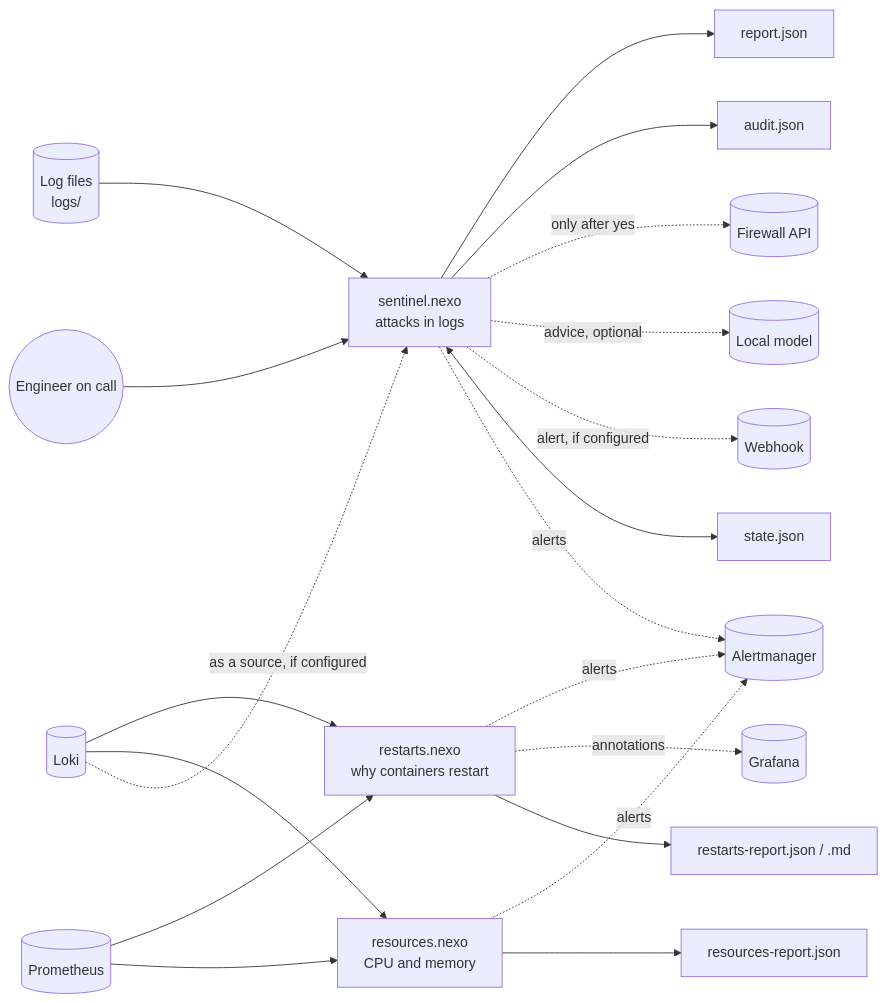
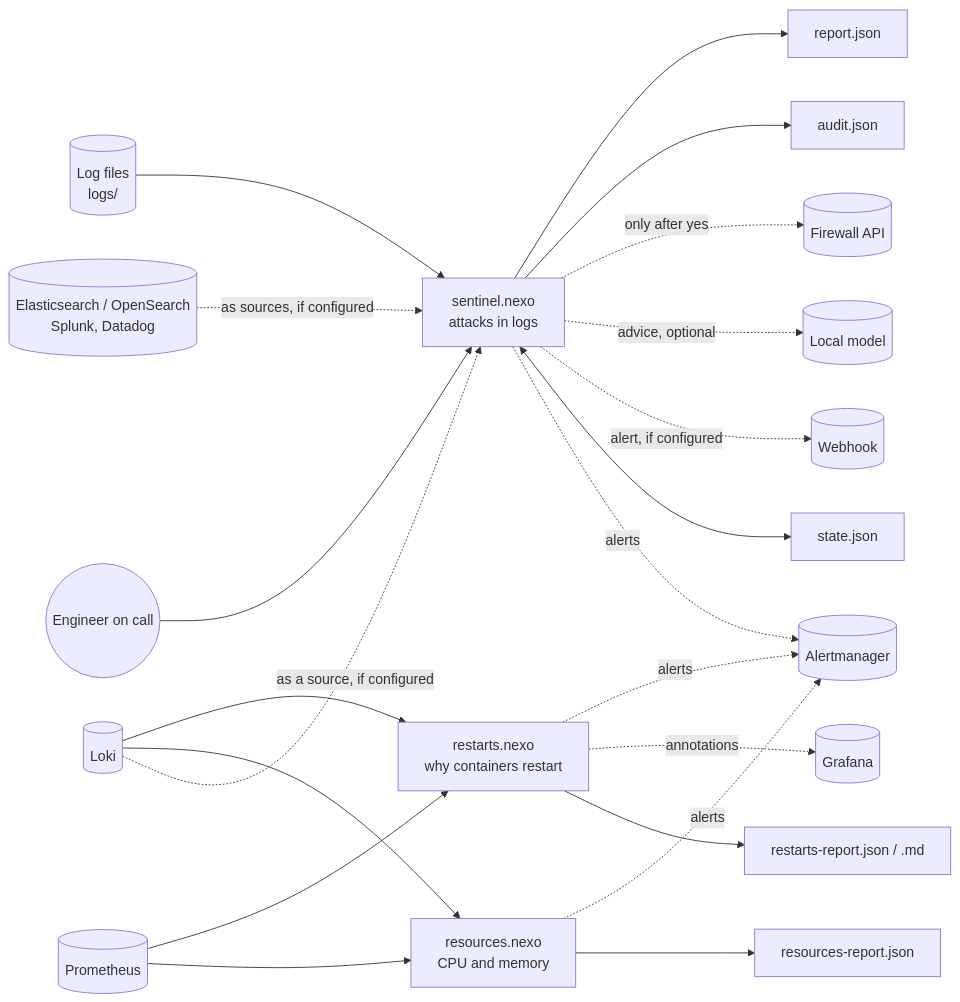
Before and after one commit to marcrabadan/nexo: the first of 3 diagrams in examples/sentinel/ARCHITECTURE.md, drawn with Mermaid. The commit also changed other lines of this file and 9 other files, not shown here.

First line of the commit message:
Sentinel: logs from Elasticsearch, Splunk and Datadog, and sshd in syslog

````diff
--- a/examples/sentinel/ARCHITECTURE.md
+++ b/examples/sentinel/ARCHITECTURE.md
@@ -8,22 +8,23 @@
 ```mermaid
 flowchart LR
     logs[(Log files<br>logs/)] --> sentinel
     prom[(Prometheus)] --> restarts
     prom --> resources
     loki[(Loki)] --> restarts
     loki --> resources
     sentinel[sentinel.nexo<br>attacks in logs] --> report[report.json]
     sentinel --> audit[audit.json]
     sentinel -. only after yes .-> firewall[(Firewall API)]
     sentinel -. advice, optional .-> model[(Local model)]
     sentinel -. alert, if configured .-> hook[(Webhook)]
     sentinel <--> state[state.json]
     loki -. as a source, if configured .-> sentinel
+    others[(Elasticsearch / OpenSearch<br>Splunk, Datadog)] -. as sources, if configured .-> sentinel
     sentinel -. alerts .-> am[(Alertmanager)]
     restarts -. alerts .-> am
     resources -. alerts .-> am
     restarts -. annotations .-> grafana[(Grafana)]
     restarts[restarts.nexo<br>why containers restart] --> rr[restarts-report.json / .md]
     resources[resources.nexo<br>CPU and memory] --> res[resources-report.json]
     person((Engineer on call)) --> sentinel
 ```
````
